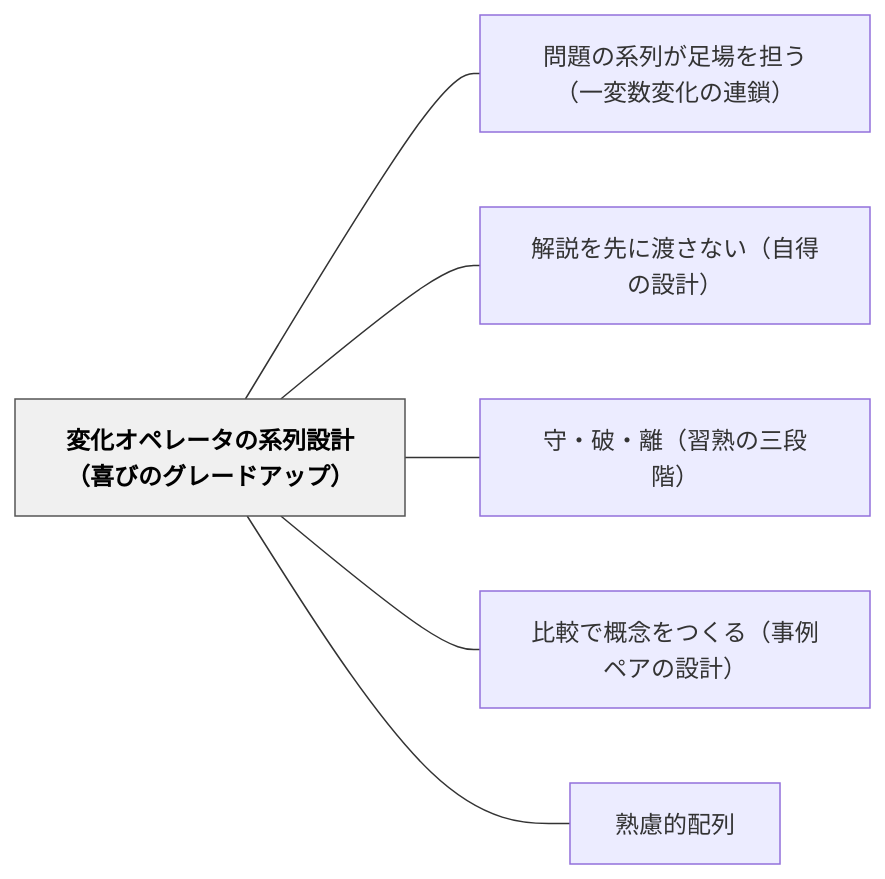
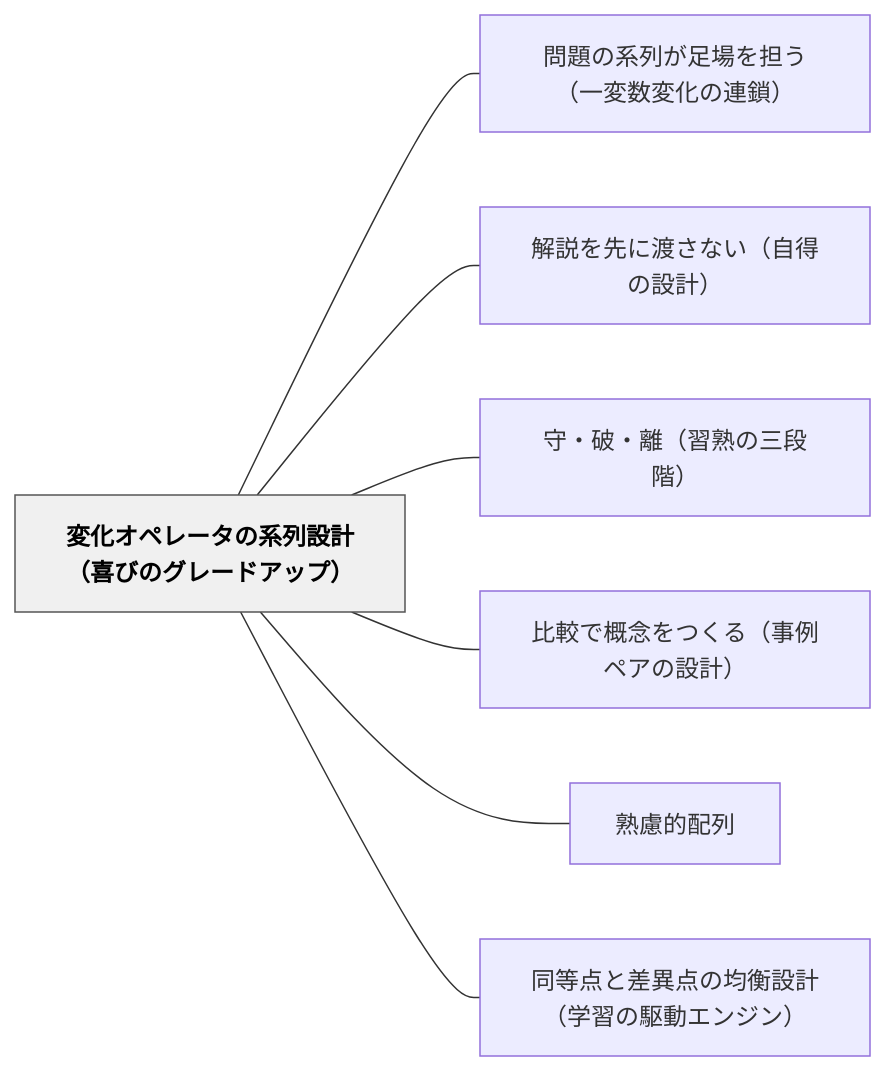
One commit to unknownthings-ed-patterns/unknownthings-ed-patterns changed the diagram in content/パタン/変化オペレータの系列設計（喜びのグレードアップ）.md. Above: the diagram before and after it, drawn with Mermaid. The commit also changed other lines of this file and 3 other files, not shown here.

````diff
--- a/content/パタン/変化オペレータの系列設計（喜びのグレードアップ）.md
+++ b/content/パタン/変化オペレータの系列設計（喜びのグレードアップ）.md
@@ -117,18 +118,20 @@
 ```mermaid
 flowchart LR
     ne5a489e58c96e382aae3839ae383ace383bce382bfe381aee7b3bbe58897e8a8ade8a888efbc88e5969ce381b3e381aee382b0e383ace383bce38389e382a2e38383e38397efbc89["変化オペレータの系列設計（喜びのグレードアップ）"]
     ne5958fe9a18ce381aee7b3bbe58897e3818ce8b6b3e5a0b4e38292e68b85e38186efbc88e4b880e5a489e695b0e5a489e58c96e381aee980a3e98e96efbc89["問題の系列が足場を担う（一変数変化の連鎖）"]
     ne8a7a3e8aaace38292e58588e381abe6b8a1e38195e381aae38184efbc88e887aae5be97e381aee8a8ade8a888efbc89["解説を先に渡さない（自得の設計）"]
     ne5ae88e383bbe7a0b4e383bbe99ba2efbc88e7bf92e7869fe381aee4b889e6aeb5e99a8eefbc89["守・破・離（習熟の三段階）"]
     ne6af94e8bc83e381a7e6a682e5bfb5e38292e381a4e3818fe3828befbc88e4ba8be4be8be3839ae382a2e381aee8a8ade8a888efbc89["比較で概念をつくる（事例ペアの設計）"]
     ne7869fe685aee79a84e9858de58897["熟慮的配列"]
+    ne5908ce7ad89e782b9e381a8e5b7aee795b0e782b9e381aee59d87e8a1a1e8a8ade8a888efbc88e5ada6e7bf92e381aee9a786e58b95e382a8e383b3e382b8e383b3efbc89["同等点と差異点の均衡設計（学習の駆動エンジン）"]
 
     ne5a489e58c96e382aae3839ae383ace383bce382bfe381aee7b3bbe58897e8a8ade8a888efbc88e5969ce381b3e381aee382b0e383ace383bce38389e382a2e38383e38397efbc89 --- ne5958fe9a18ce381aee7b3bbe58897e3818ce8b6b3e5a0b4e38292e68b85e38186efbc88e4b880e5a489e695b0e5a489e58c96e381aee980a3e98e96efbc89
     ne5a489e58c96e382aae3839ae383ace383bce382bfe381aee7b3bbe58897e8a8ade8a888efbc88e5969ce381b3e381aee382b0e383ace383bce38389e382a2e38383e38397efbc89 --- ne8a7a3e8aaace38292e58588e381abe6b8a1e38195e381aae38184efbc88e887aae5be97e381aee8a8ade8a888efbc89
     ne5a489e58c96e382aae3839ae383ace383bce382bfe381aee7b3bbe58897e8a8ade8a888efbc88e5969ce381b3e381aee382b0e383ace383bce38389e382a2e38383e38397efbc89 --- ne5ae88e383bbe7a0b4e383bbe99ba2efbc88e7bf92e7869fe381aee4b889e6aeb5e99a8eefbc89
     ne5a489e58c96e382aae3839ae383ace383bce382bfe381aee7b3bbe58897e8a8ade8a888efbc88e5969ce381b3e381aee382b0e383ace383bce38389e382a2e38383e38397efbc89 --- ne6af94e8bc83e381a7e6a682e5bfb5e38292e381a4e3818fe3828befbc88e4ba8be4be8be3839ae382a2e381aee8a8ade8a888efbc89
     ne5a489e58c96e382aae3839ae383ace383bce382bfe381aee7b3bbe58897e8a8ade8a888efbc88e5969ce381b3e381aee382b0e383ace383bce38389e382a2e38383e38397efbc89 --- ne7869fe685aee79a84e9858de58897
+    ne5a489e58c96e382aae3839ae383ace383bce382bfe381aee7b3bbe58897e8a8ade8a888efbc88e5969ce381b3e381aee382b0e383ace383bce38389e382a2e38383e38397efbc89 --- ne5908ce7ad89e782b9e381a8e5b7aee795b0e782b9e381aee59d87e8a1a1e8a8ade8a888efbc88e5ada6e7bf92e381aee9a786e58b95e382a8e383b3e382b8e383b3efbc89
 
     classDef hub fill:#f0f0f0,stroke:#555,color:#000,font-weight:bold
     class ne5a489e58c96e382aae3839ae383ace383bce382bfe381aee7b3bbe58897e8a8ade8a888efbc88e5969ce381b3e381aee382b0e383ace383bce38389e382a2e38383e38397efbc89 hub
 ```
````
